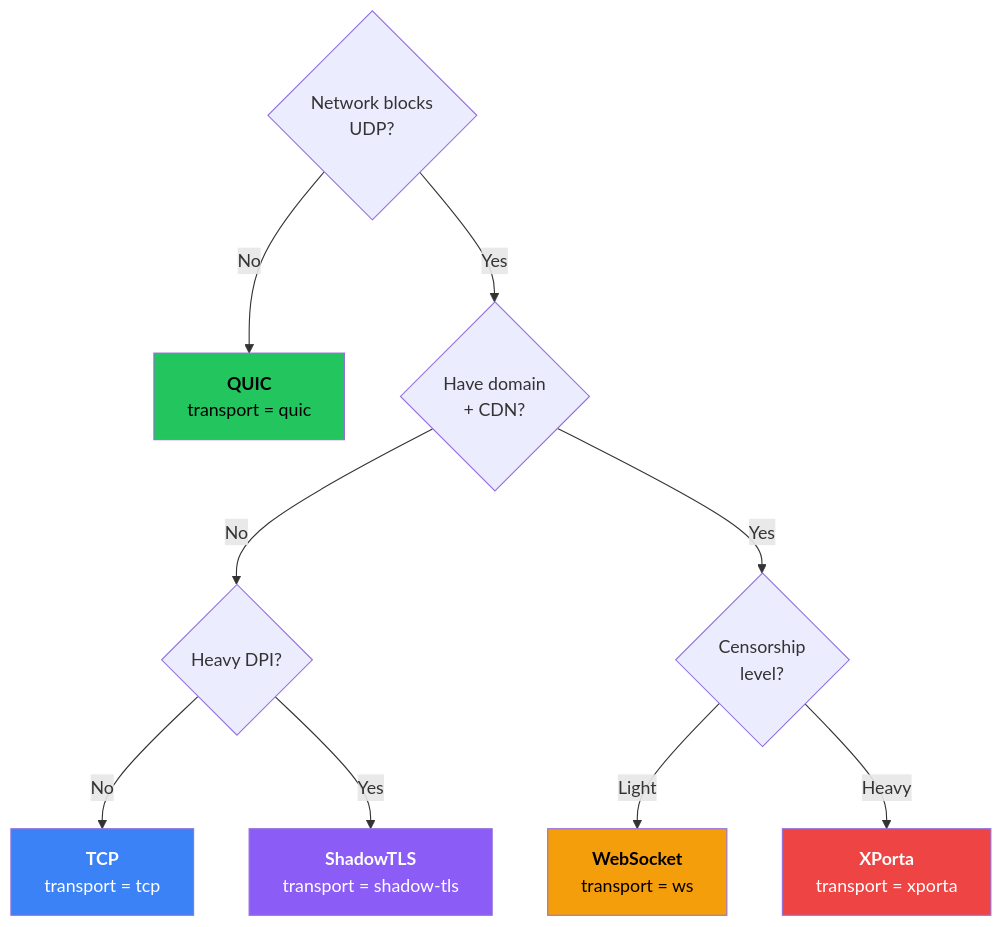
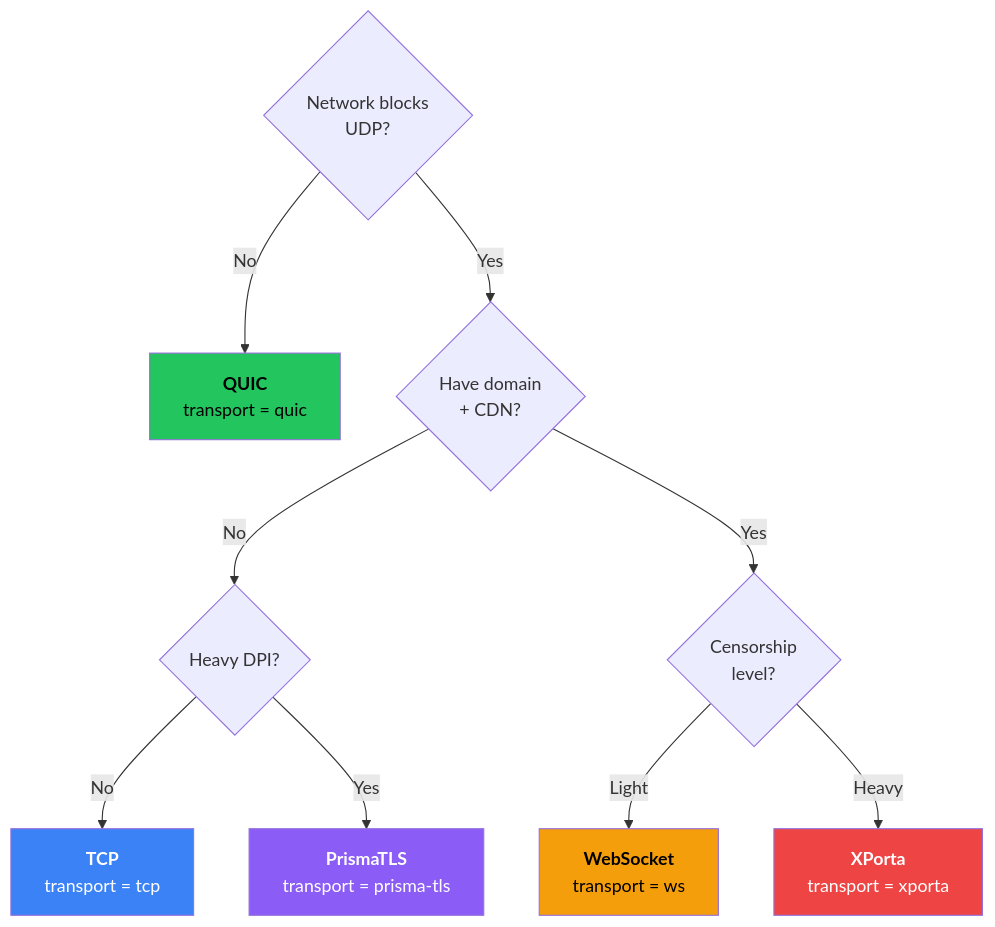
One commit to prisma-proxy/prisma changed the second of 3 diagrams in docs/guide/configure-client.md. Above: the diagram before and after it, drawn with Mermaid. The commit also changed other lines of this file and 37 other files, not shown here.

Commit message:
docs: remove ShadowTLS references, update transport count to 8

````diff
--- a/docs/guide/configure-client.md
+++ b/docs/guide/configure-client.md
@@ -53,17 +53,17 @@
 ```mermaid
 graph TD
     Q1{"Network blocks\nUDP?"} -->|"No"| QUIC["<b>QUIC</b>\ntransport = quic"]
     Q1 -->|"Yes"| Q2{"Have domain\n+ CDN?"}
     Q2 -->|"No"| Q3{"Heavy DPI?"}
     Q2 -->|"Yes"| Q4{"Censorship\nlevel?"}
     Q3 -->|"No"| TCP["<b>TCP</b>\ntransport = tcp"]
-    Q3 -->|"Yes"| STLS["<b>ShadowTLS</b>\ntransport = shadow-tls"]
+    Q3 -->|"Yes"| PTLS["<b>PrismaTLS</b>\ntransport = prisma-tls"]
     Q4 -->|"Light"| WS["<b>WebSocket</b>\ntransport = ws"]
     Q4 -->|"Heavy"| XPORTA["<b>XPorta</b>\ntransport = xporta"]
 
     style QUIC fill:#22c55e,color:#000
     style TCP fill:#3b82f6,color:#fff
     style WS fill:#f59e0b,color:#000
     style XPORTA fill:#ef4444,color:#fff
-    style STLS fill:#8b5cf6,color:#fff
+    style PTLS fill:#8b5cf6,color:#fff
 ```
````
